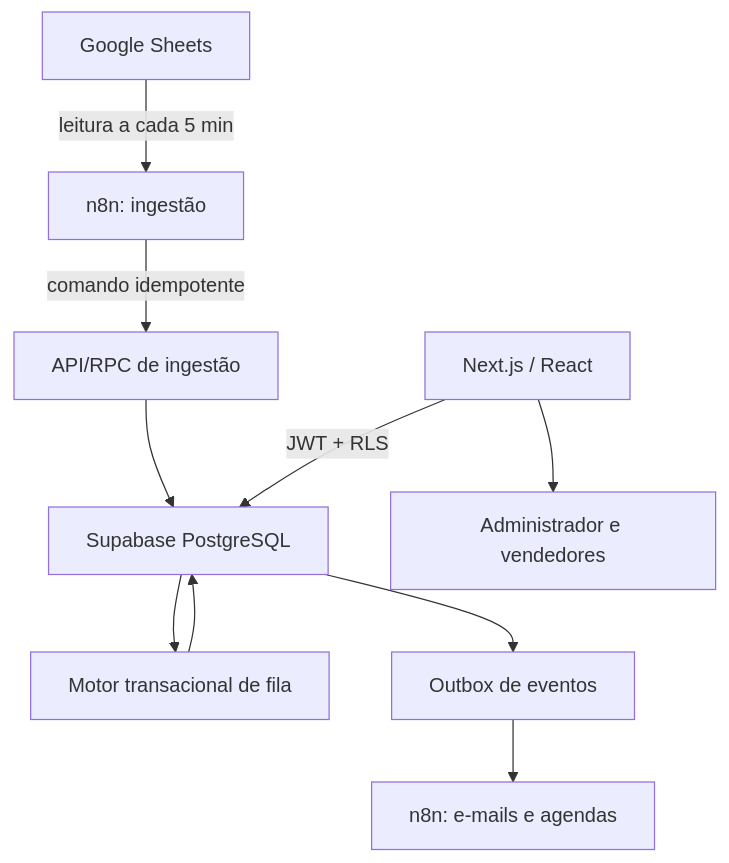
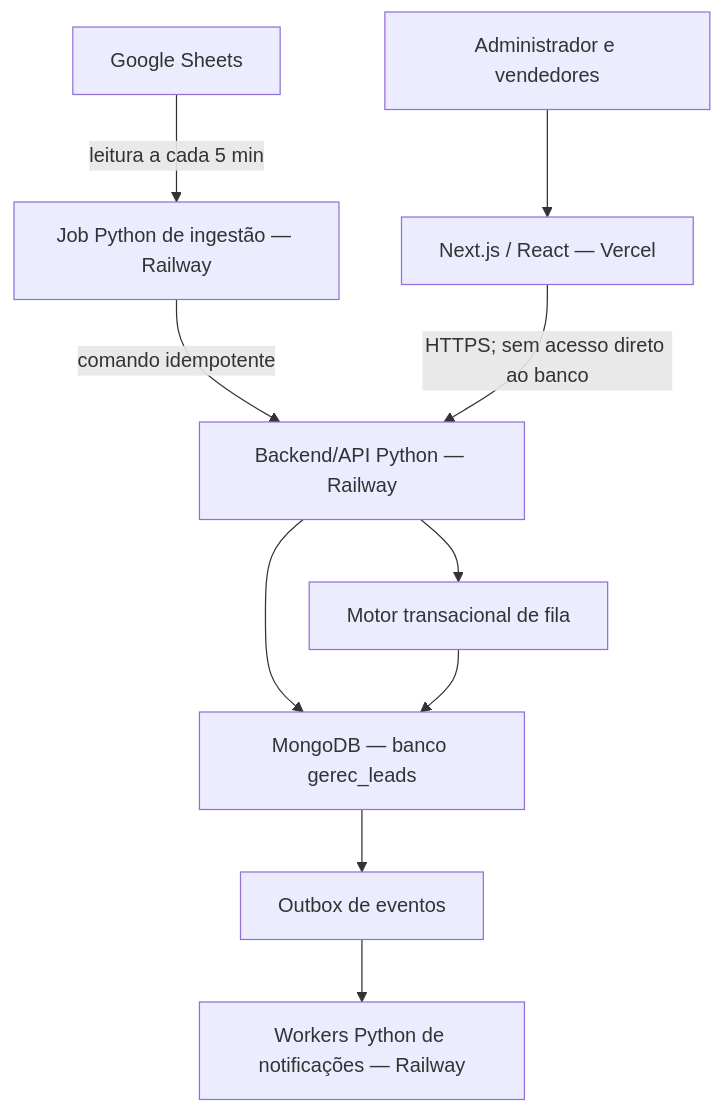
The first of 3 diagrams in SPEC_GERENCIADOR_DE_LEADS_WTG.md (YagoTorelly/gerec-leads), drawn with Mermaid before and after one commit. The commit also changed other lines of this file and 3 other files, not shown here.

Commit message:
docs(gerec-leads): oficializa MongoDB Vercel e Railway

````diff
--- a/SPEC_GERENCIADOR_DE_LEADS_WTG.md
+++ b/SPEC_GERENCIADOR_DE_LEADS_WTG.md
@@ -183,12 +187,12 @@
 ```mermaid
 flowchart TD
-    A["Google Sheets"] -->|"leitura a cada 5 min"| B["n8n: ingestão"]
-    B -->|"comando idempotente"| C["API/RPC de ingestão"]
-    C --> D["Supabase PostgreSQL"]
-    D --> E["Motor transacional de fila"]
+    A["Google Sheets"] -->|"leitura a cada 5 min"| B["Job Python de ingestão — Railway"]
+    B -->|"comando idempotente"| C["Backend/API Python — Railway"]
+    C --> D["MongoDB — banco gerec_leads"]
+    C --> E["Motor transacional de fila"]
     E --> D
     D --> F["Outbox de eventos"]
-    F --> G["n8n: e-mails e agendas"]
-    H["Next.js / React"] -->|"JWT + RLS"| D
-    H --> I["Administrador e vendedores"]
+    F --> G["Workers Python de notificações — Railway"]
+    H["Next.js / React — Vercel"] -->|"HTTPS; sem acesso direto ao banco"| C
+    I["Administrador e vendedores"] --> H
 ```
````
